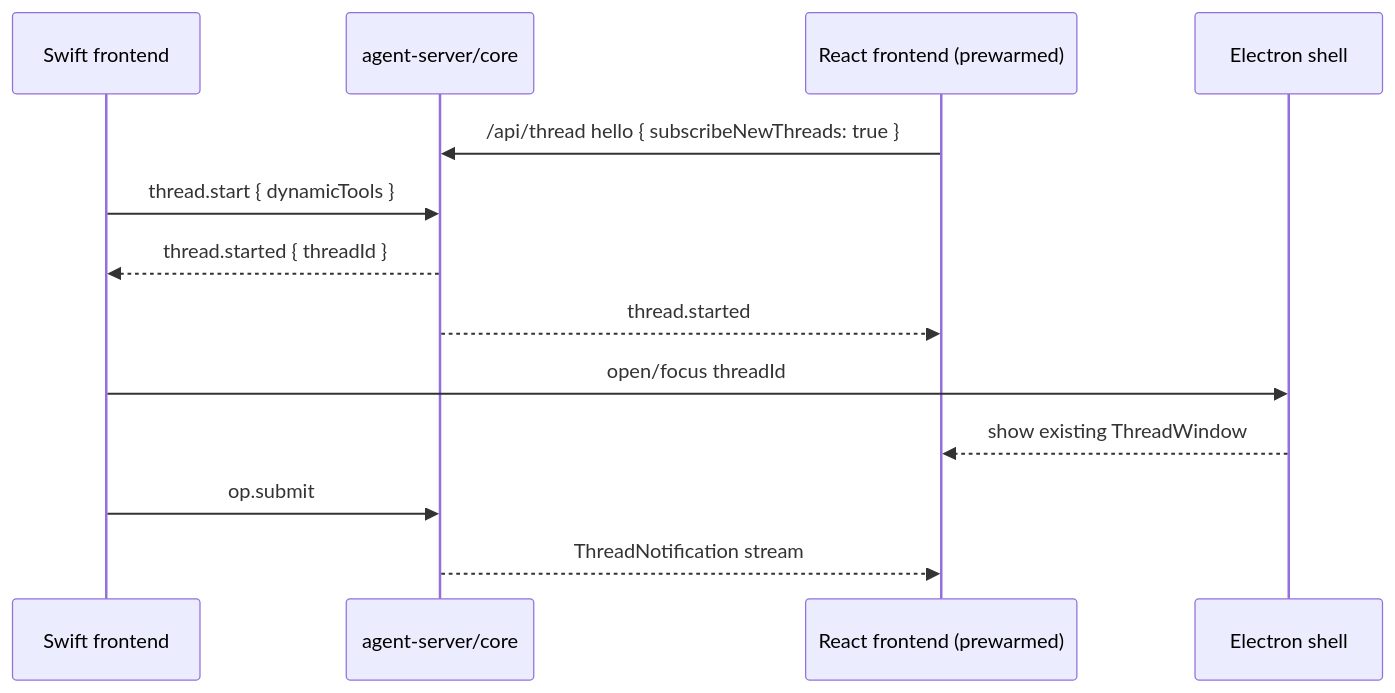
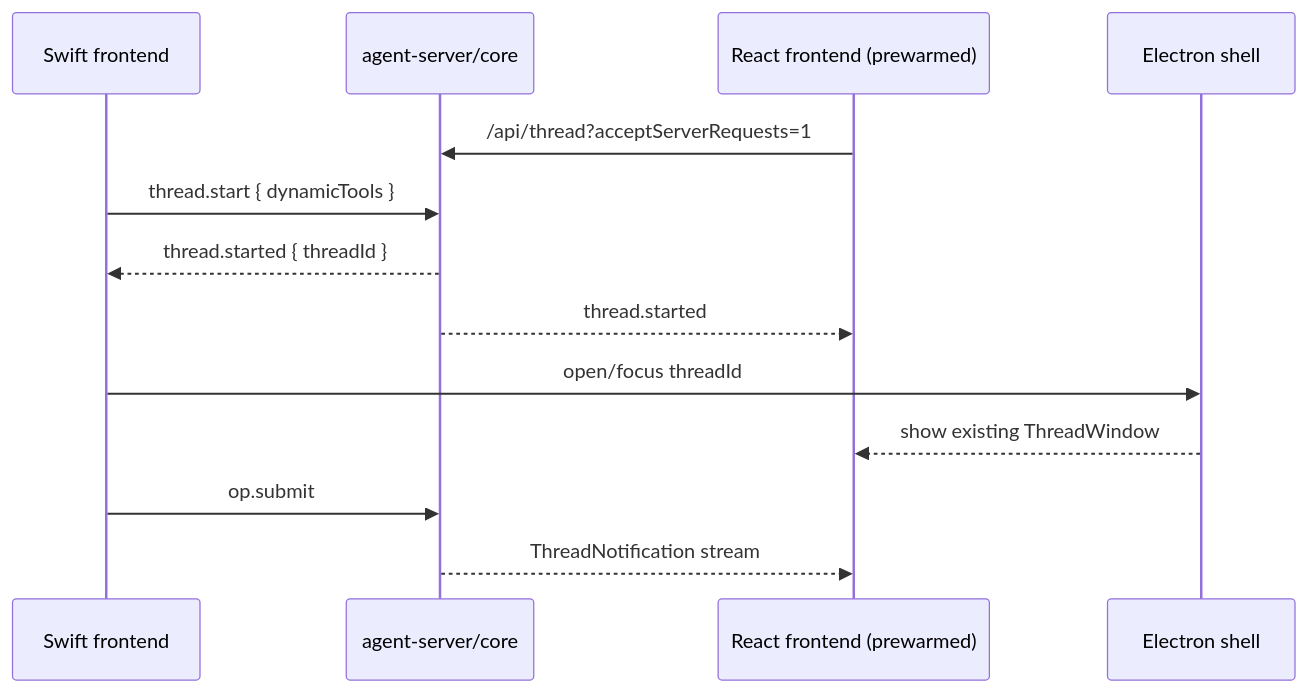
Before and after one commit to Lixuhang987/Wisp-Pocket: the fourth of 5 diagrams in docs/medium-powers/plans/2026-06-19-plugin-system.md, drawn with Mermaid. The commit also changed other lines of this file and 17 other files, not shown here.

````diff
--- a/docs/medium-powers/plans/2026-06-19-plugin-system.md
+++ b/docs/medium-powers/plans/2026-06-19-plugin-system.md
@@ -258,16 +258,16 @@
 ```mermaid
 sequenceDiagram
   participant Swift as Swift frontend
   participant Server as agent-server/core
   participant React as React frontend (prewarmed)
   participant Electron as Electron shell
 
-  React->>Server: /api/thread hello { subscribeNewThreads: true }
+  React->>Server: /api/thread?acceptServerRequests=1
   Swift->>Server: thread.start { dynamicTools }
   Server-->>Swift: thread.started { threadId }
   Server-->>React: thread.started
   Swift->>Electron: open/focus threadId
   Electron-->>React: show existing ThreadWindow
   Swift->>Server: op.submit
   Server-->>React: ThreadNotification stream
 ```
````
